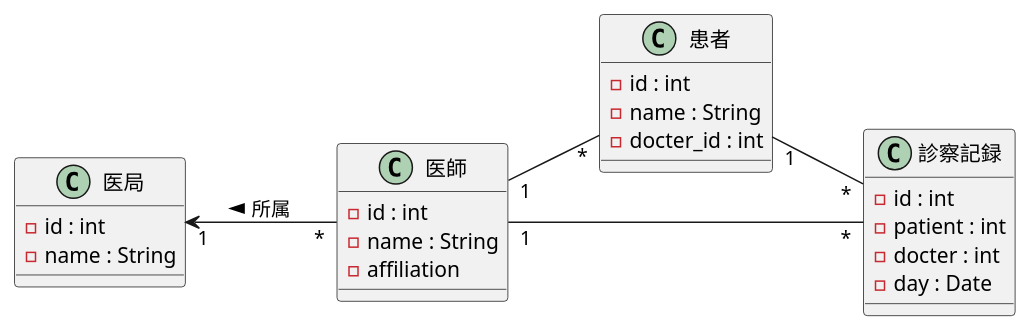
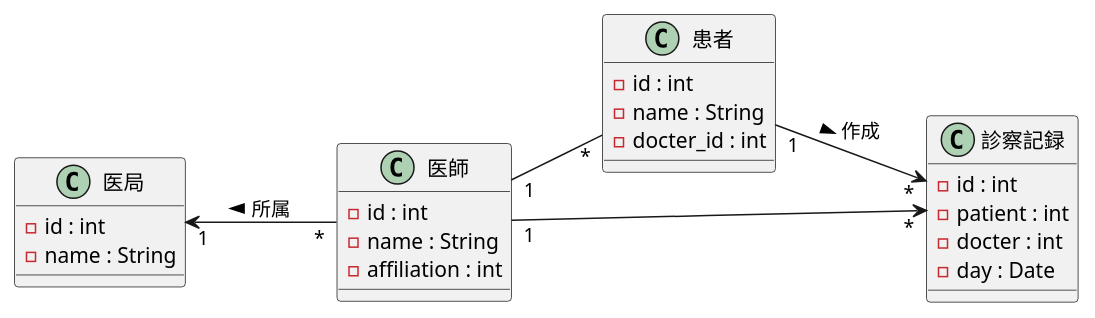
The diagram in 演習3-2_CL_医師と患者と医局と診療記録.pu (yoshidasen/uml-introduction), drawn with PlantUML before and after one commit.

Commit message:
演習3-2 データ型・関連名の追記

```diff
--- a/演習3-2_CL_医師と患者と医局と診療記録.pu
+++ b/演習3-2_CL_医師と患者と医局と診療記録.pu
@@ -1,32 +1,32 @@
 @startuml 診察記録
     left to right direction
     class 患者 {
         - id : int
         - name : String
         -docter_id : int
     }  
 
     class 医師 {
         - id : int
         - name : String
-        - affiliation 
+        - affiliation : int
     }
 
     class 診察記録 {
         - id : int
         - patient : int
         - docter : int
         - day : Date
     }
 
     class 医局 {
         - id : int
         - name : String
     }
 
     医師 "1" -- "*" 患者
-    医師 "1" -- "*" 診察記録
-    患者 "1" -- "*" 診察記録
+    医師 "1" --> "*" 診察記録
+    患者 "1" --> "*" 診察記録:作成 >
     医局 "1" <-- "*" 医師:所属 <
 
 @enduml
```
